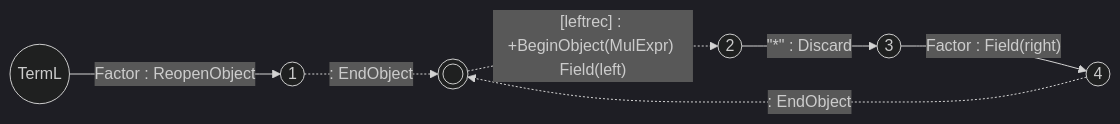
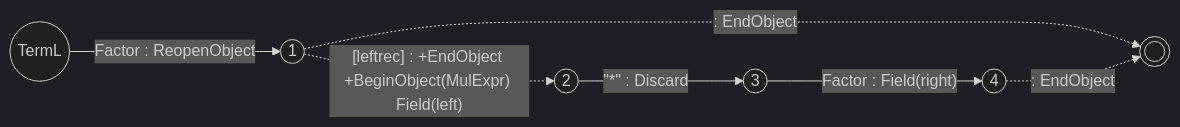
Before and after one commit to vczh-websites/vczh: the eighth of 11 diagrams in Blog/GLR-Refactoring/Mermaid.md, drawn with Mermaid (dark theme). The commit also changed other lines of this file, not shown here.

````diff
--- a/Blog/GLR-Refactoring/Mermaid.md
+++ b/Blog/GLR-Refactoring/Mermaid.md
@@ -94,9 +94,9 @@
 ```mermaid
 graph LR
   S((TermL))-- Factor : ReopenObject --> 1
   1((1))-. : EndObject .->E((( )))
   2((2))-- #quot;*#quot; : Discard -->3
   3((3))-- Factor : Field(right) --> 4
   4((4))-. : EndObject .->E
-  E-. [leftrec] : +BeginObject(MulExpr) Field(left) .->2
+  1-. [leftrec] : +EndObject +BeginObject(MulExpr) Field(left) .->2
 ```
````
